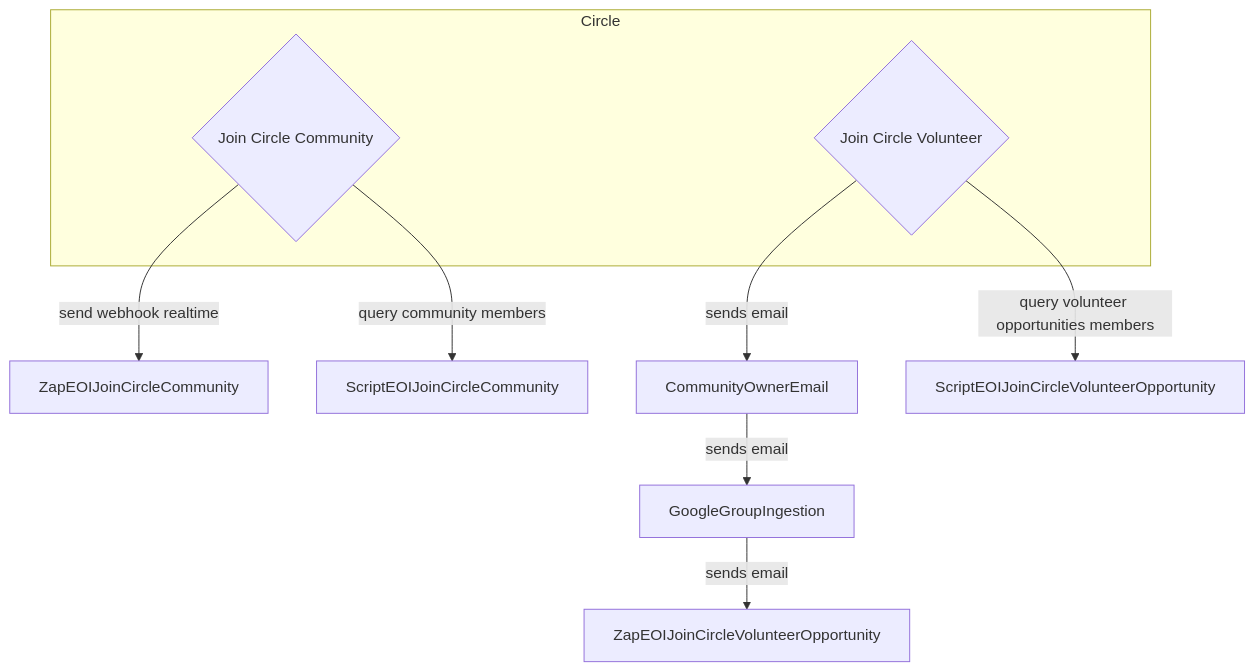
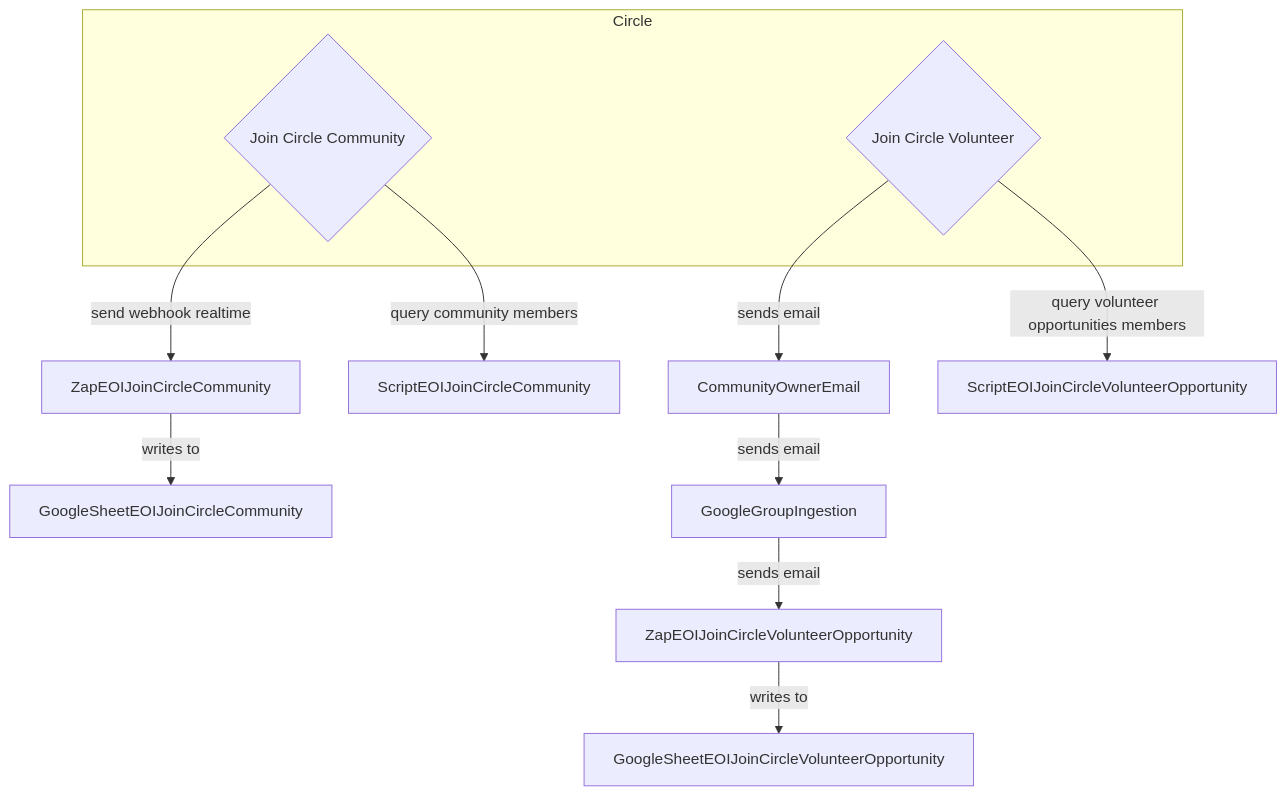
The diagram in projects/WG-automation/WG-Automation-4.md (CloudSecurityAlliance/CSA-IT-Operations), drawn with Mermaid before and after one commit.

````diff
--- a/projects/WG-automation/WG-Automation-4.md
+++ b/projects/WG-automation/WG-Automation-4.md
@@ -1,23 +1,27 @@
 ```mermaid
 graph TD;
 
 %% CIRCLE SIDE
 %% Verified email, user initiates action
 subgraph Circle
 joinCircleCommunity{Join Circle Community}
 joinCircleVolunteer{Join Circle Volunteer}
 end
 
 joinCircleCommunity-->|send webhook realtime|ZapEOIJoinCircleCommunity
 
 joinCircleCommunity-->|query community members|ScriptEOIJoinCircleCommunity
 
 joinCircleVolunteer-->|sends email|CommunityOwnerEmail
 CommunityOwnerEmail-->|sends email|GoogleGroupIngestion
 GoogleGroupIngestion-->|sends email|ZapEOIJoinCircleVolunteerOpportunity
 
 joinCircleVolunteer-->|query volunteer opportunities members|ScriptEOIJoinCircleVolunteerOpportunity
 
 
+ZapEOIJoinCircleCommunity-->|writes to|GoogleSheetEOIJoinCircleCommunity
+
+ZapEOIJoinCircleVolunteerOpportunity-->|writes to|GoogleSheetEOIJoinCircleVolunteerOpportunity
+
 
 ```
````
